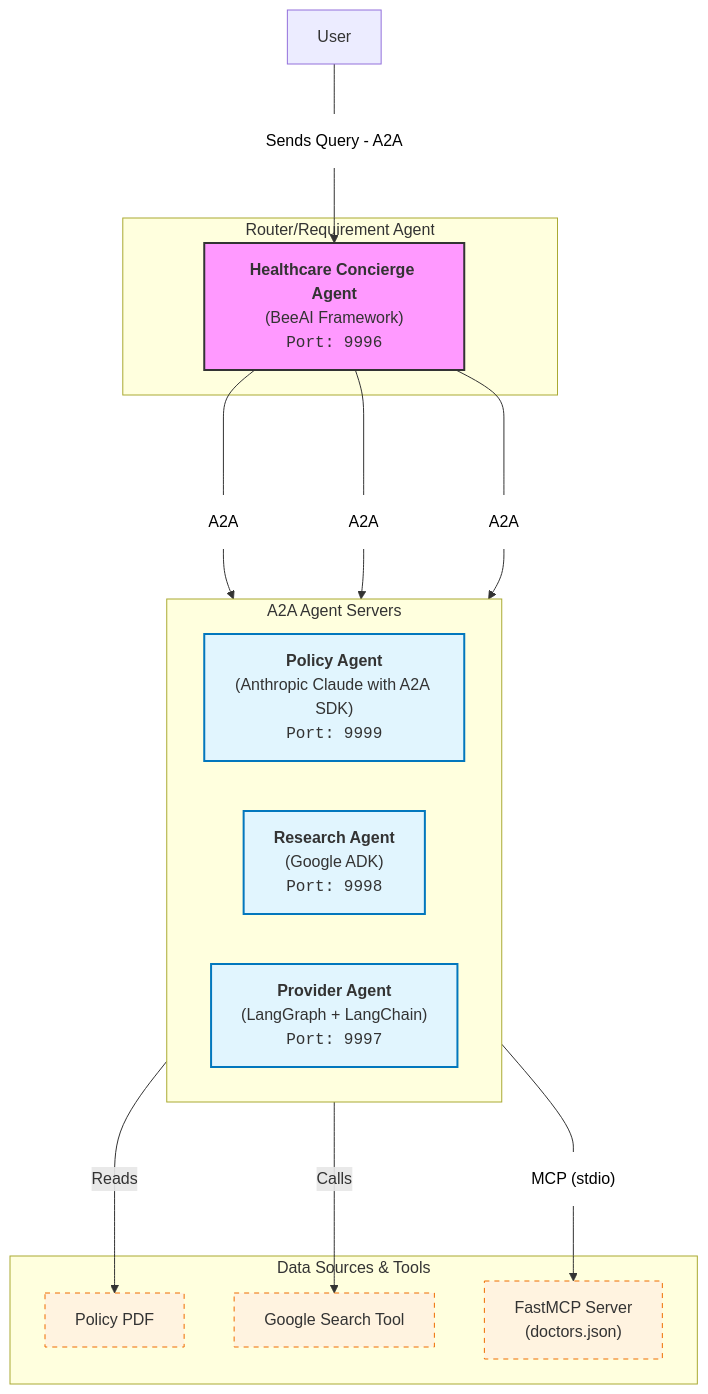
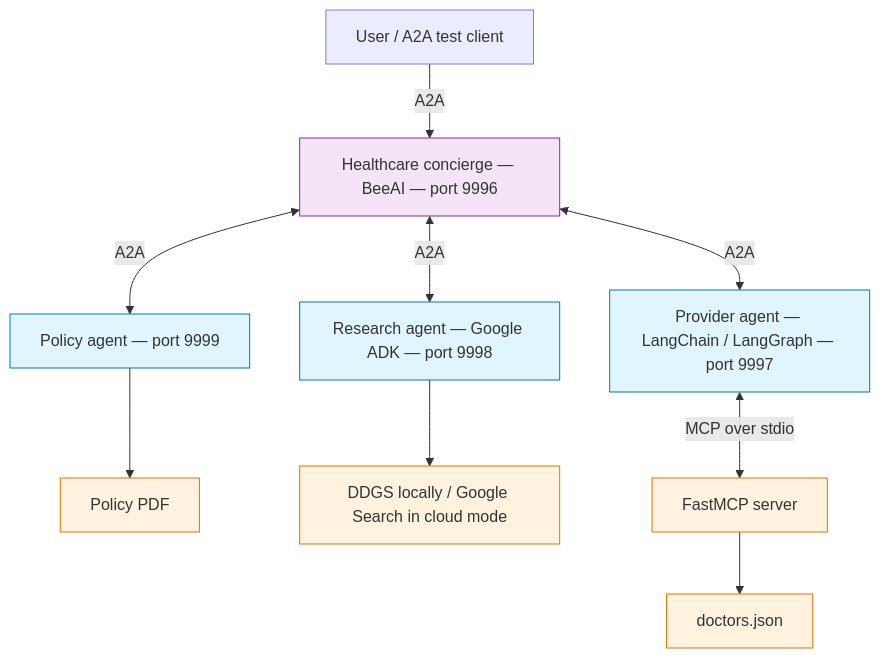
The diagram in README.md (touqeerShah/agent2agent), drawn with Mermaid before and after one commit. The commit also changed other lines of this file and 22 other files, not shown here.

````diff
--- a/README.md
+++ b/README.md
@@ -53,57 +26,20 @@
 ```mermaid
-graph TD
-    %% User / Client Layer
-    User
-    
-    %% Main Orchestrator Layer (Lesson 9)
-    subgraph OrchestratorLayer [Router/Requirement Agent]
-        Concierge["<b>Healthcare Concierge Agent</b><br/>(BeeAI Framework)<br/><code>Port: 9996</code>"]
-    end
+flowchart TD
+    Client["User / A2A test client"] -->|A2A| Concierge["Healthcare concierge — BeeAI — port 9996"]
 
-    subgraph SubAgents [A2A Agent Servers]
-        direction LR
+    Concierge <-->|A2A| Policy["Policy agent — port 9999"]
+    Concierge <-->|A2A| Research["Research agent — Google ADK — port 9998"]
+    Concierge <-->|A2A| Provider["Provider agent — LangChain / LangGraph — port 9997"]
 
-        PolicyAgent["<b>Policy Agent</b><br/>(Anthropic Claude with A2A SDK)<br/><code>Port: 9999</code>"]
-        ResearchAgent["<b>Research Agent</b><br/>(Google ADK)<br/><code>Port: 9998</code>"]
+    Policy --> PDF["Policy PDF"]
+    Research --> Search["DDGS locally / Google Search in cloud mode"]
+    Provider <-->|MCP over stdio| MCP["FastMCP server"]
+    MCP --> Doctors["doctors.json"]
 
-        ProviderAgent["<b>Provider Agent</b><br/>(LangGraph + LangChain)<br/><code>Port: 9997</code>"]
-    end
-
-    %% Data & Tools Layer
-    subgraph DataLayer [Data Sources & Tools]
-        PDF["Policy PDF"]
-        Google[Google Search Tool]
-        MCPServer["FastMCP Server<br/>(doctors.json)"]
-    end
-    
-    Label_UA["Sends Query - A2A"]
-    Label_CP["A2A"]
-    Label_CR["A2A"]
-    Label_CProv["A2A"]
-    Label_MCP["MCP (stdio)"]
-
-    %% -- CONNECTIONS --
-    
-    User --- Label_UA --> Concierge
-
-    Concierge <--- Label_CP --> PolicyAgent
-    Concierge <--- Label_CR --> ResearchAgent
-    Concierge <--- Label_CProv --> ProviderAgent
-    
-    PolicyAgent -- "Reads" --> PDF
-    ResearchAgent -- "Calls" --> Google
-    
-    ProviderAgent --- Label_MCP --> MCPServer
-
-    classDef orchestrator fill:#f9f,stroke:#333,stroke-width:2px;
-    classDef agent fill:#e1f5fe,stroke:#0277bd,stroke-width:2px;
-    classDef tool fill:#fff3e0,stroke:#ef6c00,stroke-width:1px,stroke-dasharray: 5 5;
-    
-    classDef protocolLabel fill:#ffffff,stroke:none,color:#000;
-    
+    classDef orchestrator fill:#f3e5f5,stroke:#8e24aa;
+    classDef agent fill:#e1f5fe,stroke:#0277bd;
+    classDef data fill:#fff3e0,stroke:#ef6c00;
     class Concierge orchestrator;
-    class PolicyAgent,ResearchAgent,ProviderAgent agent;
-    class PDF,Google,MCPServer tool;
-    
-    class Label_UA,Label_CP,Label_CR,Label_CProv,Label_MCP protocolLabel;
+    class Policy,Research,Provider agent;
+    class PDF,Search,MCP,Doctors data;
 ```
````
